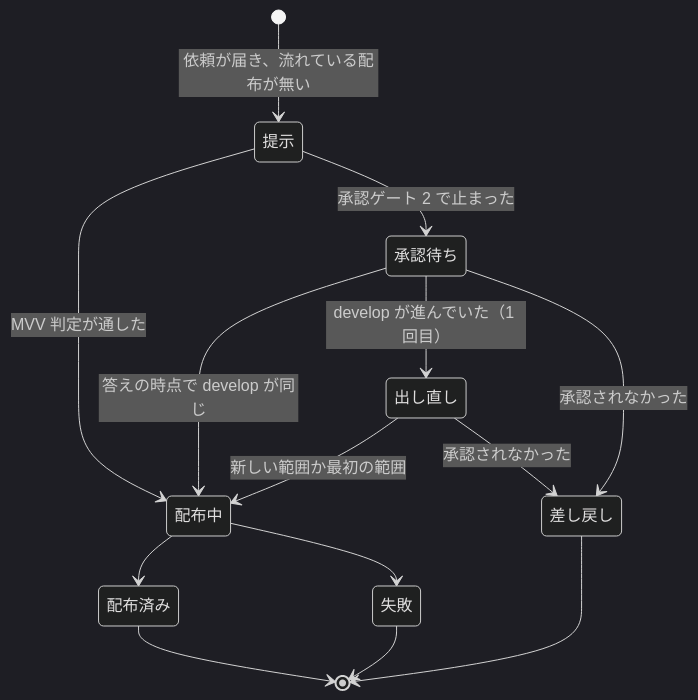
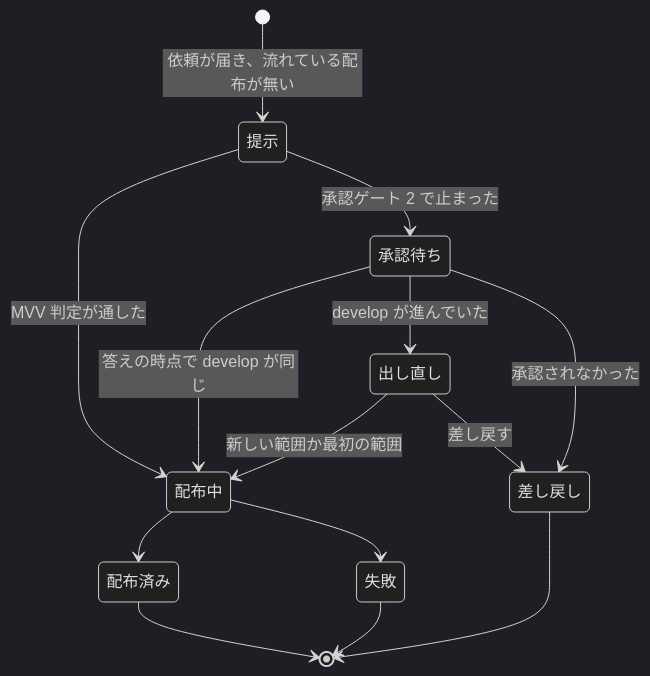
The fifth of 6 diagrams in issues/issue-2436-design.md (devbasex/ai-plugins), drawn with Mermaid (dark theme) before and after one commit. The commit also changed other lines of this file and 5 other files, not shown here.

````diff
--- a/issues/issue-2436-design.md
+++ b/issues/issue-2436-design.md
@@ -415,16 +434,16 @@
 ```mermaid
 stateDiagram-v2
     [*] --> 提示: 依頼が届き、流れている配布が無い
     提示 --> 配布中: MVV 判定が通した
     提示 --> 承認待ち: 承認ゲート 2 で止まった
     承認待ち --> 配布中: 答えの時点で develop が同じ
-    承認待ち --> 出し直し: develop が進んでいた（1 回目）
+    承認待ち --> 出し直し: develop が進んでいた
     出し直し --> 配布中: 新しい範囲か最初の範囲
     承認待ち --> 差し戻し: 承認されなかった
-    出し直し --> 差し戻し: 承認されなかった
+    出し直し --> 差し戻し: 差し戻す
     配布中 --> 配布済み
     配布中 --> 失敗
     配布済み --> [*]
     差し戻し --> [*]
     失敗 --> [*]
 ```
````
